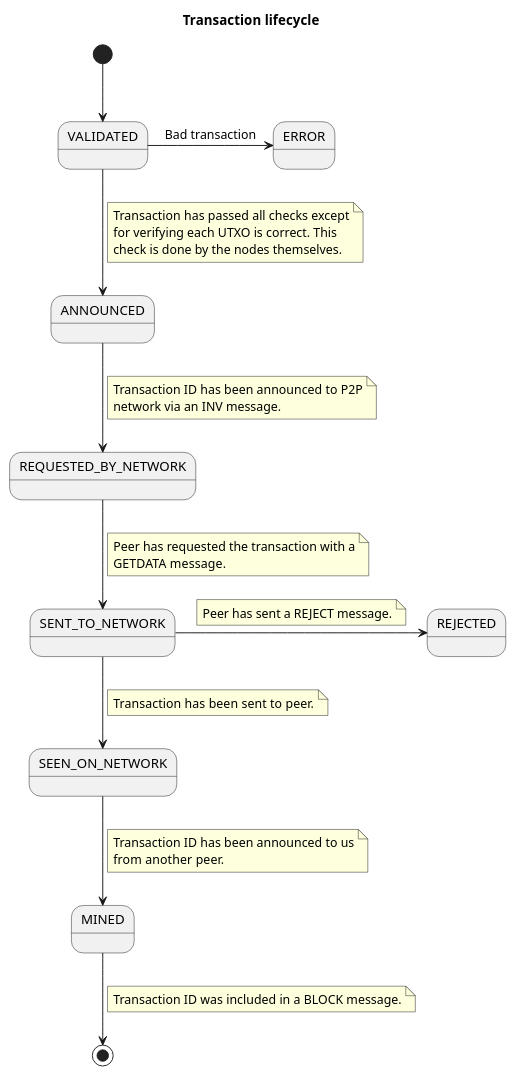
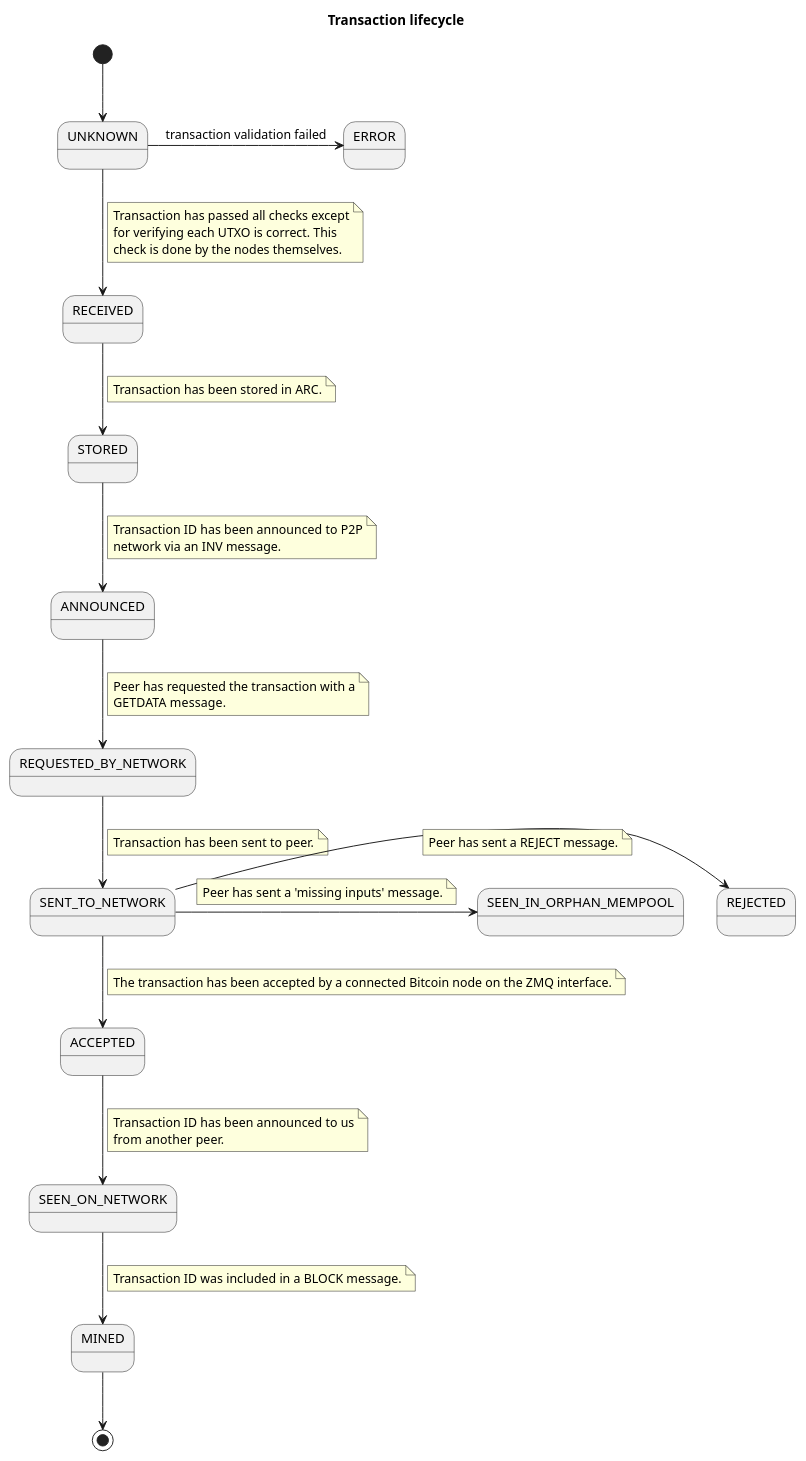
The first of 5 diagrams in doc/README.md (bitcoin-sv/arc), drawn with PlantUML before and after one commit.

Commit message:
Complete transaction life cycle diagram

````diff
--- a/doc/README.md
+++ b/doc/README.md
@@ -10,62 +10,82 @@
 ```plantuml
 @startuml
 title Transaction lifecycle
 
-state VALIDATED
+state UNKNOWN
+state RECEIVED
+state STORED
 state ANNOUNCED
 state ERROR
 state REQUESTED_BY_NETWORK
 state SENT_TO_NETWORK
+state ACCEPTED
 state SEEN_ON_NETWORK
 state REJECTED
+state SEEN_IN_ORPHAN_MEMPOOL
 state MINED
 
-[*] --> VALIDATED
+[*] --> UNKNOWN
 
-VALIDATED --> ANNOUNCED
+UNKNOWN --> RECEIVED
 note on link
   Transaction has passed all checks except
   for verifying each UTXO is correct. This
   check is done by the nodes themselves.
 end note
-VALIDATED -> ERROR: Bad transaction
+UNKNOWN -> ERROR: transaction validation failed
 
-ANNOUNCED --> REQUESTED_BY_NETWORK
+RECEIVED --> STORED
+note on link
+  Transaction has been stored in ARC.
+end note
+
+
+STORED --> ANNOUNCED
 note on link
   Transaction ID has been announced to P2P
   network via an INV message.
 end note
 
-REQUESTED_BY_NETWORK --> SENT_TO_NETWORK
+ANNOUNCED --> REQUESTED_BY_NETWORK
 note on link
   Peer has requested the transaction with a
   GETDATA message.
+end note
+
+REQUESTED_BY_NETWORK --> SENT_TO_NETWORK
+note on link
+  Transaction has been sent to peer.
 end note
 
 
 SENT_TO_NETWORK -> REJECTED
 note on link
   Peer has sent a REJECT message.
 end note
 
-SENT_TO_NETWORK --> SEEN_ON_NETWORK
+SENT_TO_NETWORK -> SEEN_IN_ORPHAN_MEMPOOL
 note on link
-  Transaction has been sent to peer.
+  Peer has sent a 'missing inputs' message.
 end note
 
+SENT_TO_NETWORK --> ACCEPTED
+note on link
+  The transaction has been accepted by a connected Bitcoin node on the ZMQ interface.
+end note
 
-SEEN_ON_NETWORK --> MINED
+ACCEPTED --> SEEN_ON_NETWORK
 note on link
   Transaction ID has been announced to us
   from another peer.
 end note
 
-
-MINED --> [*]
+SEEN_ON_NETWORK --> MINED
 note on link
   Transaction ID was included in a BLOCK message.
 end note
 
 
+MINED --> [*]
+
 @enduml
 ```
````
